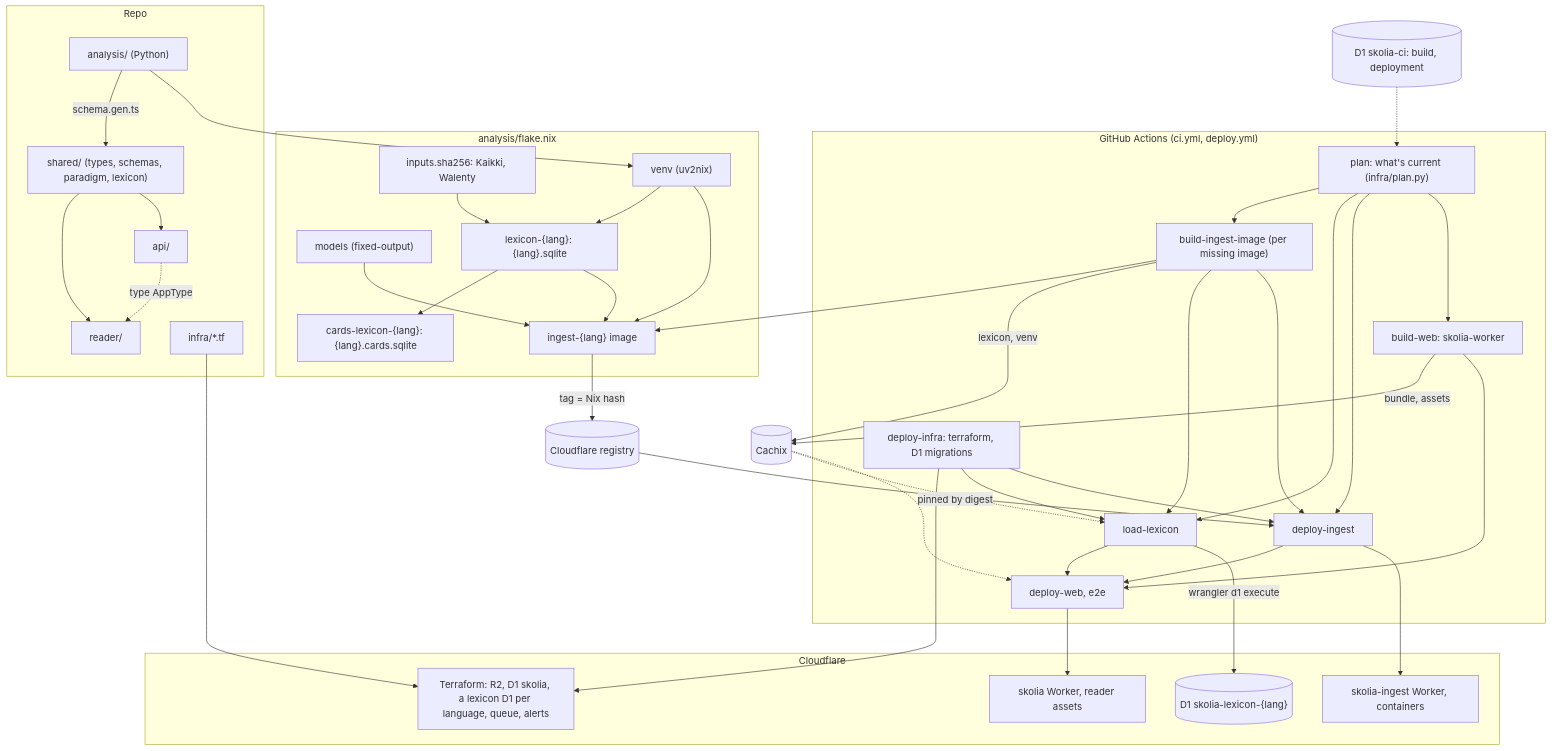
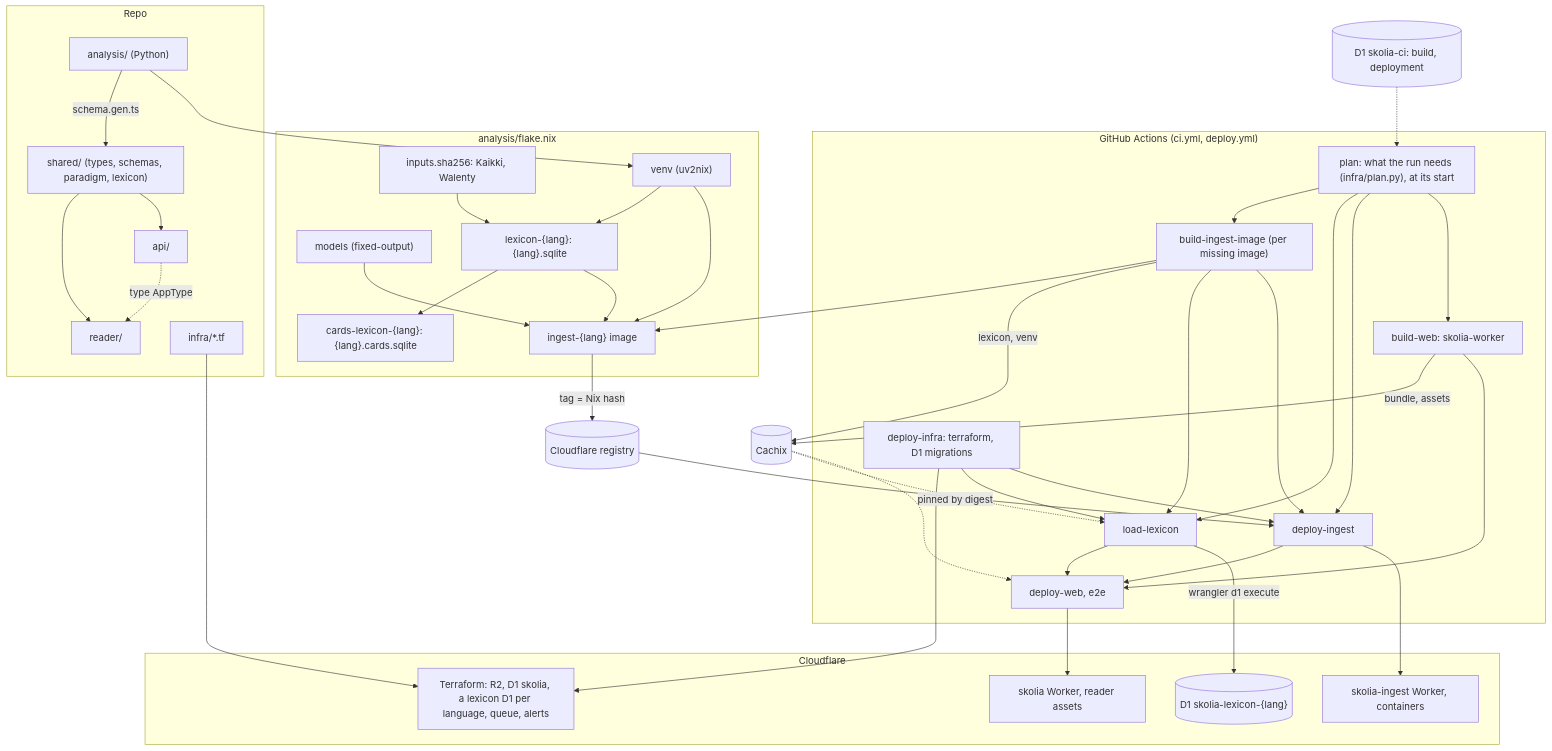
Before and after one commit to skolia-io/skolia: the third of 3 diagrams in ARCHITECTURE.md, drawn with Mermaid. The commit also changed 9 other files, not shown here.

Commit message:
ci: infer the plan's graph from the manifests, and plan the whole run once, up front

````diff
--- a/ARCHITECTURE.md
+++ b/ARCHITECTURE.md
@@ -110,72 +110,72 @@
 ```mermaid
 flowchart TB
   subgraph Repo
     PY["analysis/ (Python)"]
     SH["shared/ (types, schemas, paradigm, lexicon)"]
     RDR["reader/"]
     APIS["api/"]
     TFS["infra/*.tf"]
   end
   subgraph Nix["analysis/flake.nix"]
     INP["inputs.sha256: Kaikki, Walenty"]
     MOD["models (fixed-output)"]
     VENV["venv (uv2nix)"]
     LEXN["lexicon-{lang}: {lang}.sqlite"]
     CARDS["cards-lexicon-{lang}: {lang}.cards.sqlite"]
     IMG["ingest-{lang} image"]
   end
   subgraph CI["GitHub Actions (ci.yml, deploy.yml)"]
-    PL["plan: what's current (infra/plan.py)"]
+    PL["plan: what the run needs (infra/plan.py), at its start"]
     BII["build-ingest-image (per missing image)"]
     DI["deploy-infra: terraform, D1 migrations"]
     LL["load-lexicon"]
     DGI["deploy-ingest"]
     BW["build-web: skolia-worker"]
     DW["deploy-web, e2e"]
   end
   CX[("Cachix")]
   CIDB[("D1 skolia-ci: build, deployment")]
   REG[("Cloudflare registry")]
   subgraph CF["Cloudflare"]
     TFR["Terraform: R2, D1 skolia, a lexicon D1 per language, queue, alerts"]
     LXDB[("D1 skolia-lexicon-{lang}")]
     INGD["skolia-ingest Worker, containers"]
     WEBD["skolia Worker, reader assets"]
   end
 
   PY -->|"schema.gen.ts"| SH
   SH --> RDR
   SH --> APIS
   APIS -.->|"type AppType"| RDR
   PY --> VENV
   INP --> LEXN
   VENV --> LEXN
   LEXN --> CARDS
   MOD --> IMG
   VENV --> IMG
   LEXN --> IMG
   PL --> BII
   PL --> LL
   PL --> DGI
   PL --> BW
   CIDB -.-> PL
   BW -->|"bundle, assets"| CX
   BW --> DW
   BII --> IMG
   BII -->|"lexicon, venv"| CX
   IMG -->|"tag = Nix hash"| REG
   BII --> LL
   BII --> DGI
   TFS --> TFR
   DI --> TFR
   DI --> LL
   DI --> DGI
   DGI --> DW
   LL --> DW
   CX -.-> LL
   CX -.-> DW
   LL -->|"wrangler d1 execute"| LXDB
   REG -->|"pinned by digest"| DGI
   DGI --> INGD
   DW --> WEBD
 ```
````
